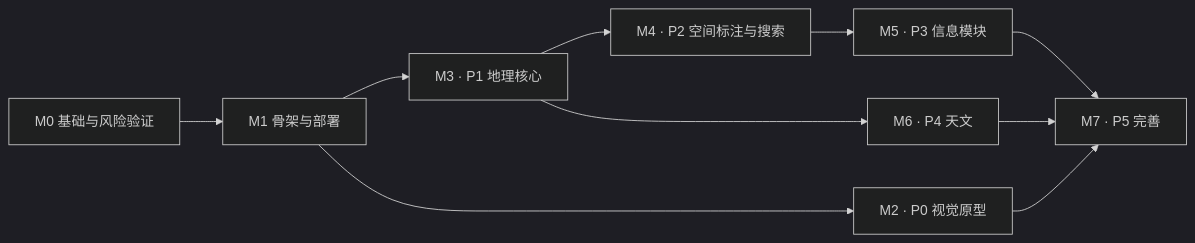
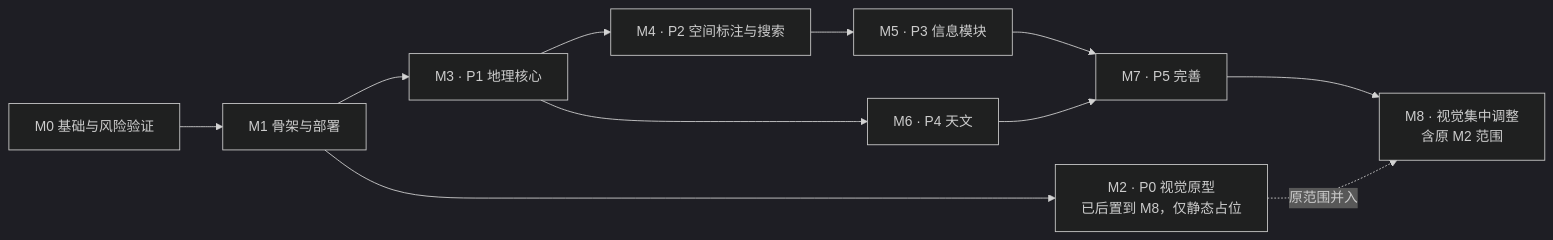
Before and after one commit to cj2cf99/worldandCity: the diagram in docs/03-milestones.md, drawn with Mermaid (dark theme). The commit also changed other lines of this file and 20 other files, not shown here.

````diff
--- a/docs/03-milestones.md
+++ b/docs/03-milestones.md
@@ -24,12 +24,13 @@
 ```mermaid
 flowchart LR
   M0[M0 基础与风险验证] --> M1[M1 骨架与部署]
-  M1 --> P0[M2 · P0 视觉原型]
+  M1 --> P0[M2 · P0 视觉原型<br/>已后置到 M8，仅静态占位]
   M1 --> P1[M3 · P1 地理核心]
   P1 --> P2[M4 · P2 空间标注与搜索]
   P2 --> P3[M5 · P3 信息模块]
   P1 --> P4[M6 · P4 天文]
   P3 --> P5[M7 · P5 完善]
   P4 --> P5
-  P0 --> P5
+  P5 --> M8[M8 · 视觉集中调整<br/>含原 M2 范围]
+  P0 -.原范围并入.-> M8
 ```
````
